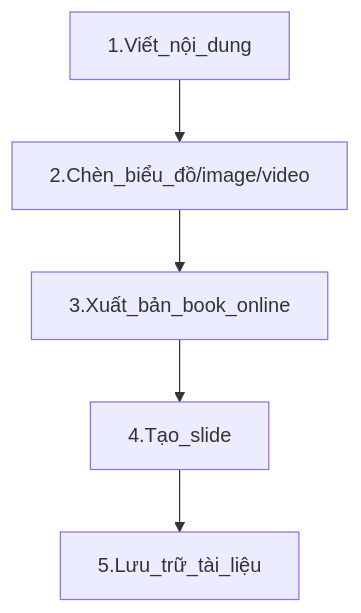
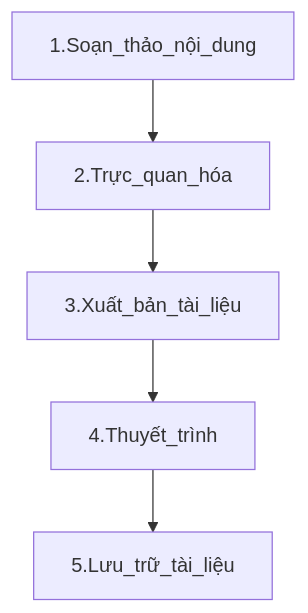
One commit to hoanglong8/FoxAI-Data-Analyst changed the first of 2 diagrams in [FoxAI] Hướng dẫn viết tài liệu.md. Above: the diagram before and after it, drawn with Mermaid. The commit also changed other lines of this file, not shown here.

Commit message:
Update [FoxAI] Hướng dẫn viết tài liệu.md

````diff
--- a/[FoxAI] Hướng dẫn viết tài liệu.md
+++ b/[FoxAI] Hướng dẫn viết tài liệu.md
@@ -47,5 +47,5 @@
 ```mermaid
 graph TD;
-    1.Viết_nội_dung --> 2.Chèn_biểu_đồ/image/video --> 3.Xuất_bản_book_online --> 4.Tạo_slide --> 5.Lưu_trữ_tài_liệu
+    1.Soạn_thảo_nội_dung --> 2.Trực_quan_hóa --> 3.Xuất_bản_tài_liệu --> 4.Thuyết_trình --> 5.Lưu_trữ_tài_liệu
 
 ```
````
